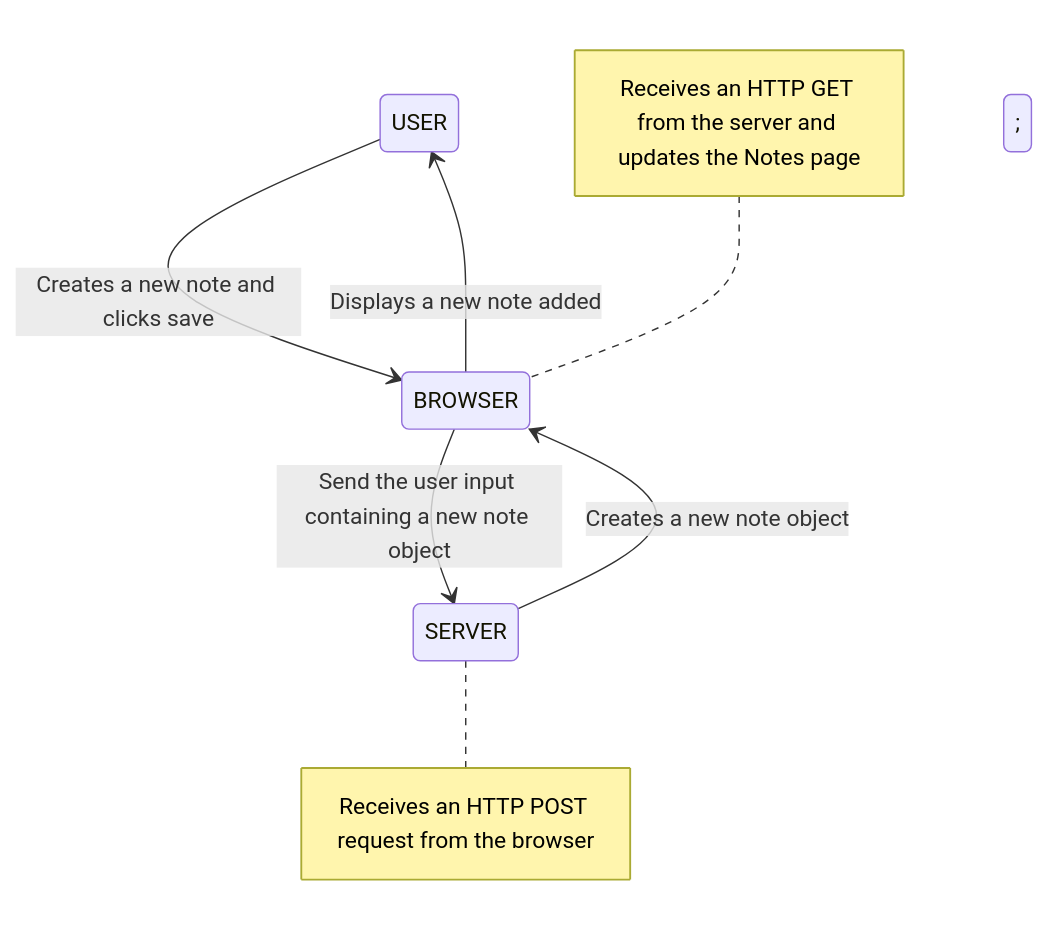
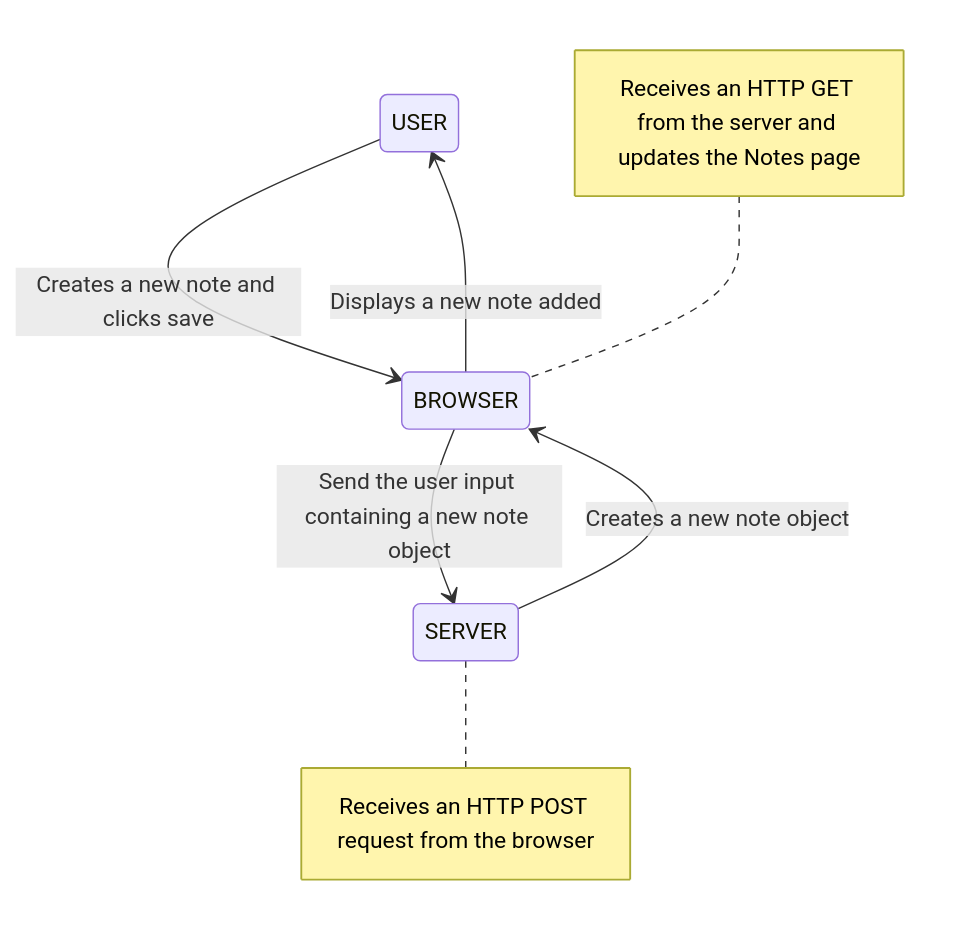
The diagram in part0/0.4-new-note-diagram.md (Gandalf-hash/fullstackopen_fundamentals_of_web_apps), drawn with Mermaid before and after one commit. The commit also changed 1 other file, not shown here.

````diff
--- a/part0/0.4-new-note-diagram.md
+++ b/part0/0.4-new-note-diagram.md
@@ -1,9 +1,9 @@
 ```mermaid
    stateDiagram-v2
         USER --> BROWSER: Creates a new note and clicks save
         BROWSER --> SERVER: Send the user input containing a new note object
             Note left of BROWSER: Receives an HTTP GET from the server and updates the Notes page
         SERVER --> BROWSER: Creates a new note object
             Note right of SERVER: Receives an HTTP POST request from the browser
-        BROWSER --> USER: Displays a new note added;
+        BROWSER --> USER: Displays a new note added
 ```
````
